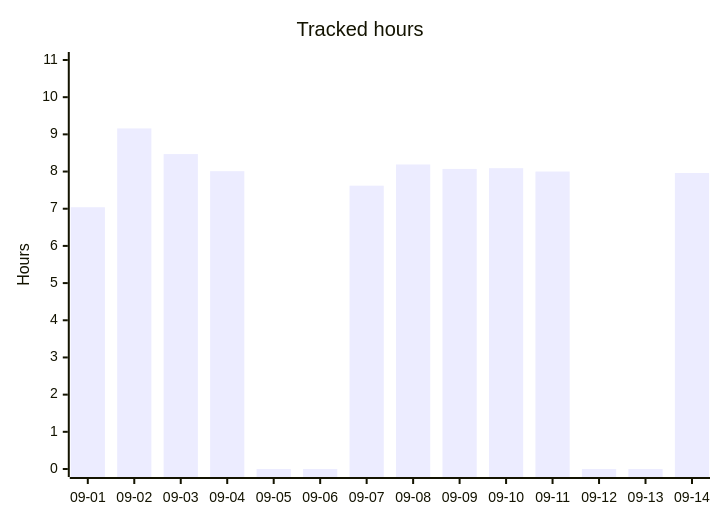
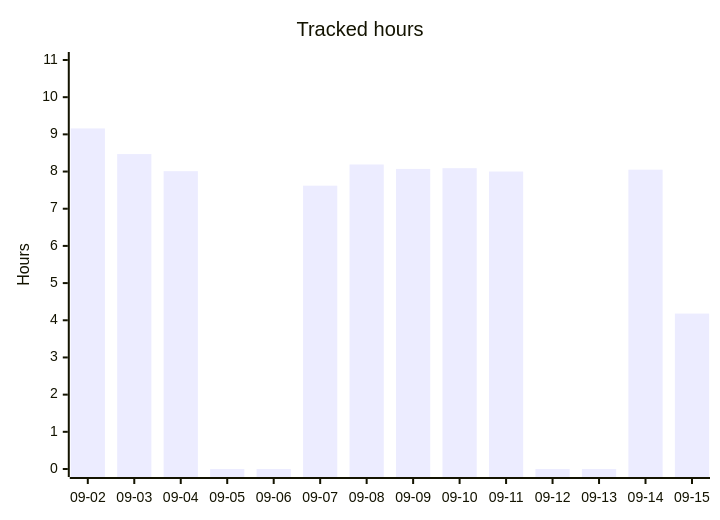
Before and after one commit to albinforsberg-netizen/timeclock: the second of 5 diagrams in README.org, drawn with Mermaid. The commit also changed other lines of this file, not shown here.

```diff
--- a/README.org
+++ b/README.org
@@ -95,7 +95,7 @@
 #+begin_src mermaid
 xychart-beta
     title "Tracked hours"
-    x-axis ["09-01", "09-02", "09-03", "09-04", "09-05", "09-06", "09-07", "09-08", "09-09", "09-10", "09-11", "09-12", "09-13", "09-14"]
+    x-axis ["09-02", "09-03", "09-04", "09-05", "09-06", "09-07", "09-08", "09-09", "09-10", "09-11", "09-12", "09-13", "09-14", "09-15"]
     y-axis "Hours" 0 --> 11
-    bar [7.04, 9.16, 8.47, 8.01, 0.00, 0.00, 7.62, 8.19, 8.07, 8.09, 8.00, 0.00, 0.00, 7.96]
+    bar [9.16, 8.47, 8.01, 0.00, 0.00, 7.62, 8.19, 8.07, 8.09, 8.00, 0.00, 0.00, 8.05, 4.18]
 #+end_src
```
